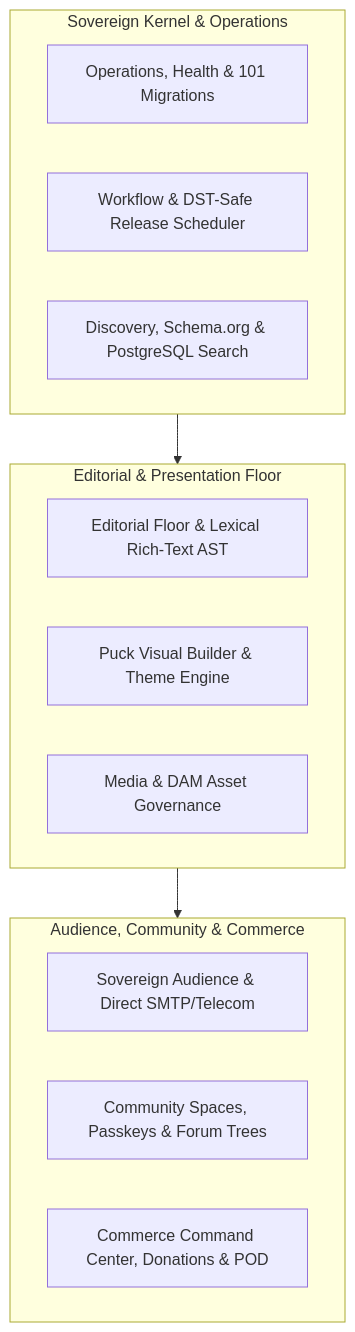
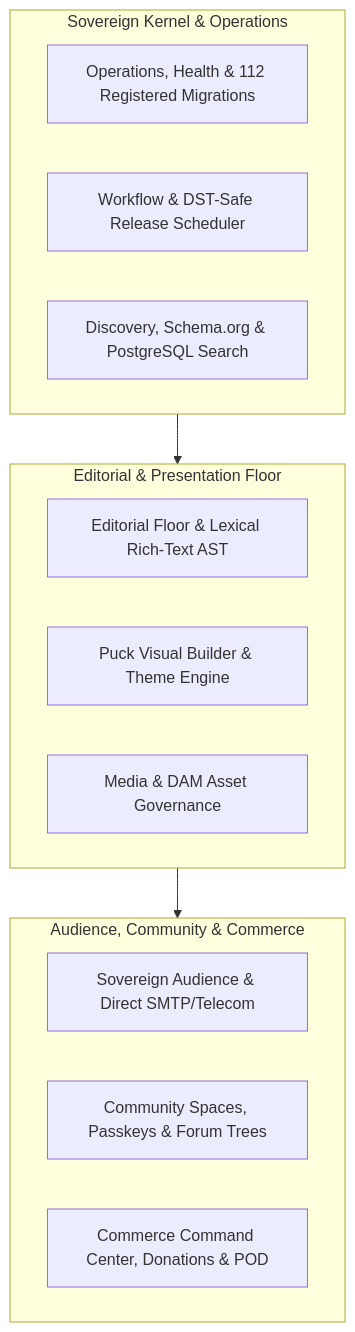
Before and after one commit to mosesjgunner/Renegade-CMS: the diagram in README.md, drawn with Mermaid. The commit also changed other lines of this file and 93 other files, not shown here.

````diff
--- a/README.md
+++ b/README.md
@@ -46,23 +45,23 @@
 ```mermaid
 graph TD
     subgraph Core ["Sovereign Kernel & Operations"]
-        OP[Operations, Health & 101 Migrations]
+        OP[Operations, Health & 112 Registered Migrations]
         WF[Workflow & DST-Safe Release Scheduler]
         DS[Discovery, Schema.org & PostgreSQL Search]
     end
 
     subgraph ContentZone ["Editorial & Presentation Floor"]
         ED[Editorial Floor & Lexical Rich-Text AST]
         PB[Puck Visual Builder & Theme Engine]
         DAM[Media & DAM Asset Governance]
     end
 
     subgraph Interaction ["Audience, Community & Commerce"]
         AUD[Sovereign Audience & Direct SMTP/Telecom]
         COM[Community Spaces, Passkeys & Forum Trees]
         SHP[Commerce Command Center, Donations & POD]
     end
 
     Core --> ContentZone
     ContentZone --> Interaction
 ```
````
